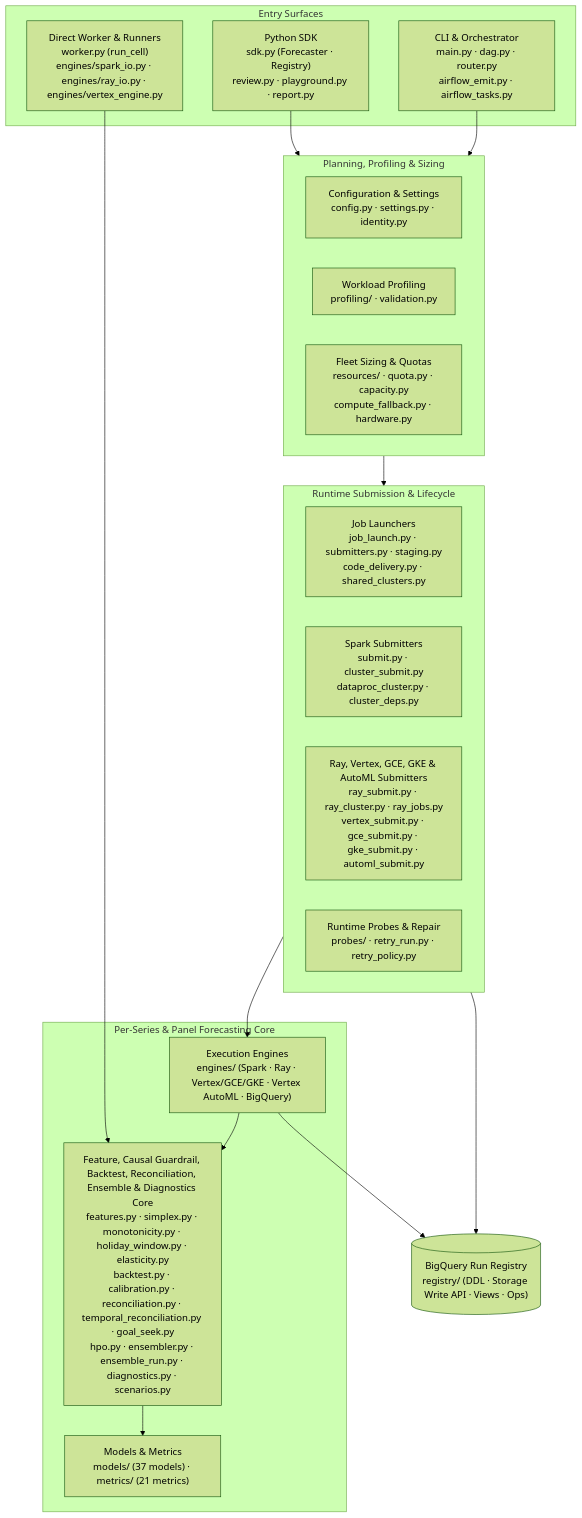
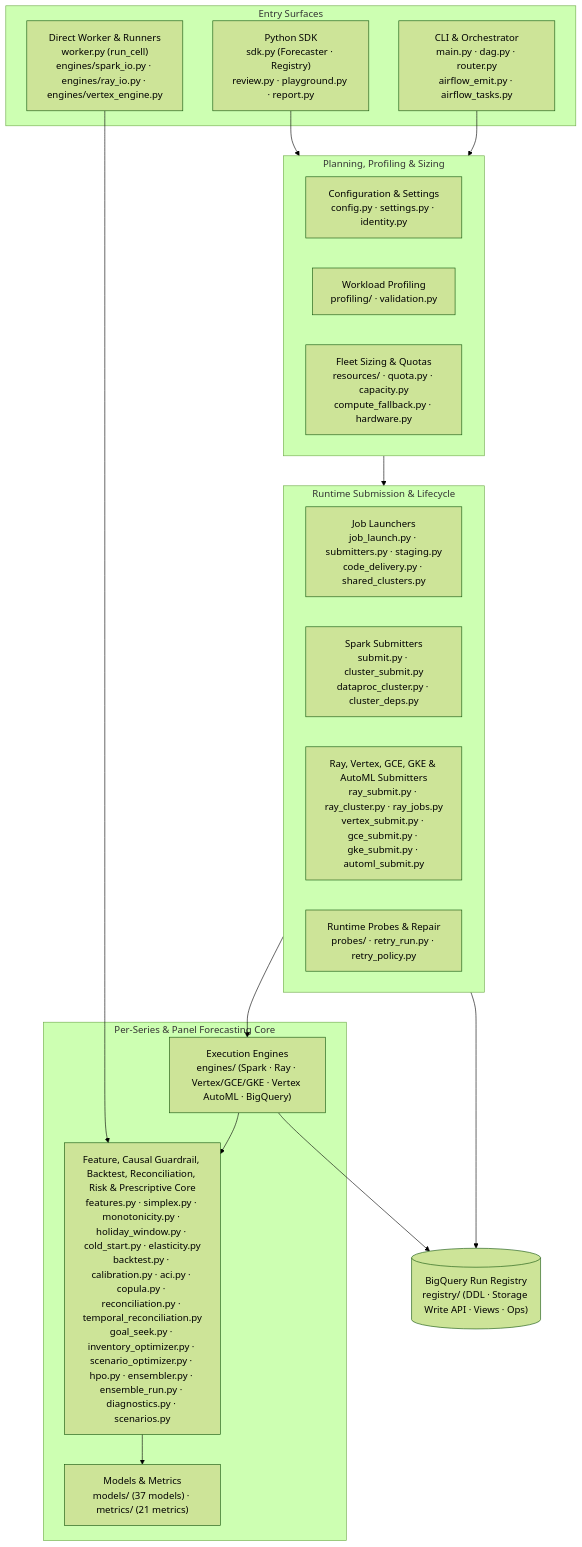
The diagram in src/scale_forecasting/README.md (statmike/scale-forecasting), drawn with Mermaid (forest theme) before and after one commit. The commit also changed other lines of this file and 40 other files, not shown here.

````diff
--- a/src/scale_forecasting/README.md
+++ b/src/scale_forecasting/README.md
@@ -7,36 +7,36 @@
 ```mermaid
 flowchart TB
     subgraph entry["Entry Surfaces"]
         sdk["Python SDK<br/>sdk.py (Forecaster · Registry)<br/>review.py · playground.py · report.py"]
         cli["CLI & Orchestrator<br/>main.py · dag.py · router.py<br/>airflow_emit.py · airflow_tasks.py"]
         direct["Direct Worker & Runners<br/>worker.py (run_cell)<br/>engines/spark_io.py · engines/ray_io.py · engines/vertex_engine.py"]
     end
 
     subgraph plan["Planning, Profiling & Sizing"]
         cfg["Configuration & Settings<br/>config.py · settings.py · identity.py"]
         prof["Workload Profiling<br/>profiling/ · validation.py"]
         res["Fleet Sizing & Quotas<br/>resources/ · quota.py · capacity.py<br/>compute_fallback.py · hardware.py"]
     end
 
     subgraph submit["Runtime Submission & Lifecycle"]
         sub["Job Launchers<br/>job_launch.py · submitters.py · staging.py<br/>code_delivery.py · shared_clusters.py"]
         spark_sub["Spark Submitters<br/>submit.py · cluster_submit.py<br/>dataproc_cluster.py · cluster_deps.py"]
         ray_sub["Ray, Vertex, GCE, GKE & AutoML Submitters<br/>ray_submit.py · ray_cluster.py · ray_jobs.py<br/>vertex_submit.py · gce_submit.py · gke_submit.py · automl_submit.py"]
         probes["Runtime Probes & Repair<br/>probes/ · retry_run.py · retry_policy.py"]
     end
 
     subgraph core["Per-Series & Panel Forecasting Core"]
         eng["Execution Engines<br/>engines/ (Spark · Ray · Vertex/GCE/GKE · Vertex AutoML · BigQuery)"]
-        wf["Feature, Causal Guardrail, Backtest, Reconciliation, Ensemble & Diagnostics Core<br/>features.py · simplex.py · monotonicity.py · holiday_window.py · elasticity.py<br/>backtest.py · calibration.py · reconciliation.py · temporal_reconciliation.py · goal_seek.py<br/>hpo.py · ensembler.py · ensemble_run.py · diagnostics.py · scenarios.py"]
+        wf["Feature, Causal Guardrail, Backtest, Reconciliation, Risk & Prescriptive Core<br/>features.py · simplex.py · monotonicity.py · holiday_window.py · cold_start.py · elasticity.py<br/>backtest.py · calibration.py · aci.py · copula.py · reconciliation.py · temporal_reconciliation.py<br/>goal_seek.py · inventory_optimizer.py · scenario_optimizer.py · hpo.py · ensembler.py · ensemble_run.py · diagnostics.py · scenarios.py"]
         mod["Models & Metrics<br/>models/ (37 models) · metrics/ (21 metrics)"]
     end
 
     reg[("BigQuery Run Registry<br/>registry/ (DDL · Storage Write API · Views · Ops)")]
 
     sdk & cli --> plan
     plan --> submit
     submit --> eng
     direct --> wf
     eng --> wf --> mod
     eng & submit --> reg
 ```
````
